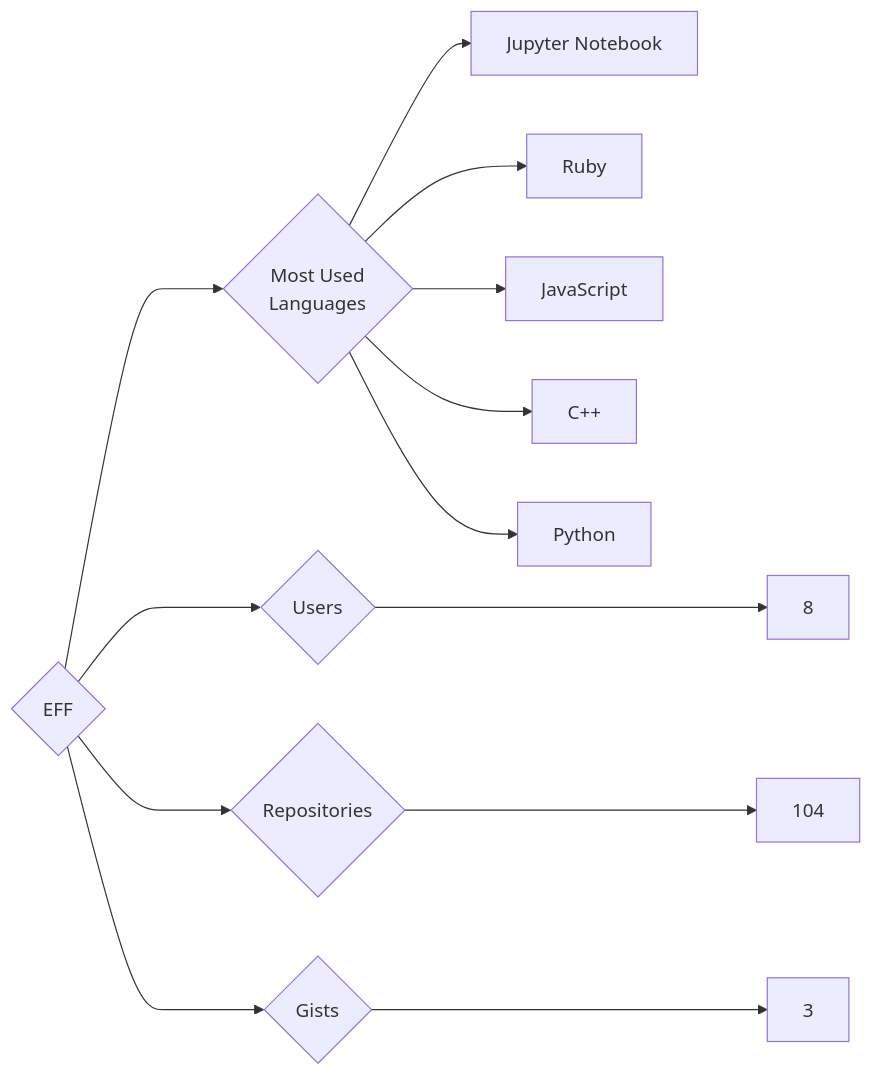
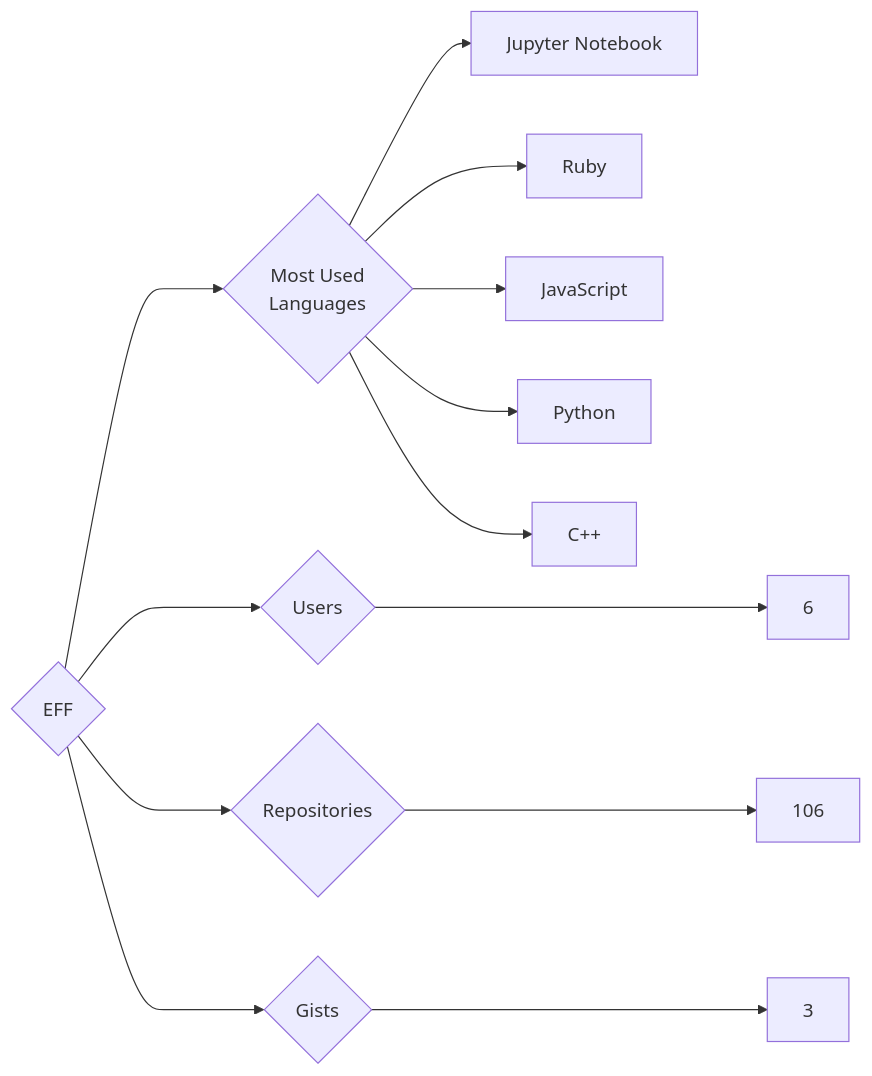
Before and after one commit to trickest/insiders: the diagram in targets/EFF/README.md, drawn with Mermaid. The commit also changed 777 other files, not shown here.

````diff
--- a/targets/EFF/README.md
+++ b/targets/EFF/README.md
@@ -3,13 +3,13 @@
 ```mermaid
 graph LR
 COMPANY_NAME{EFF}
-COMPANY_NAME ---> U{Users} ---> UN[8]
-COMPANY_NAME ---> R{Repositories} ---> RN[104]
+COMPANY_NAME ---> U{Users} ---> UN[6]
+COMPANY_NAME ---> R{Repositories} ---> RN[106]
 COMPANY_NAME ---> G{Gists} ---> GN[3]
 COMPANY_NAME ---> ML{Most Used<br>Languages}
 ML --> Jupyter_Notebook[Jupyter Notebook]
 ML --> Ruby[Ruby]
 ML --> JavaScript[JavaScript]
+ML --> Python[Python]
 ML --> C++[C++]
-ML --> Python[Python]
 ```
````
